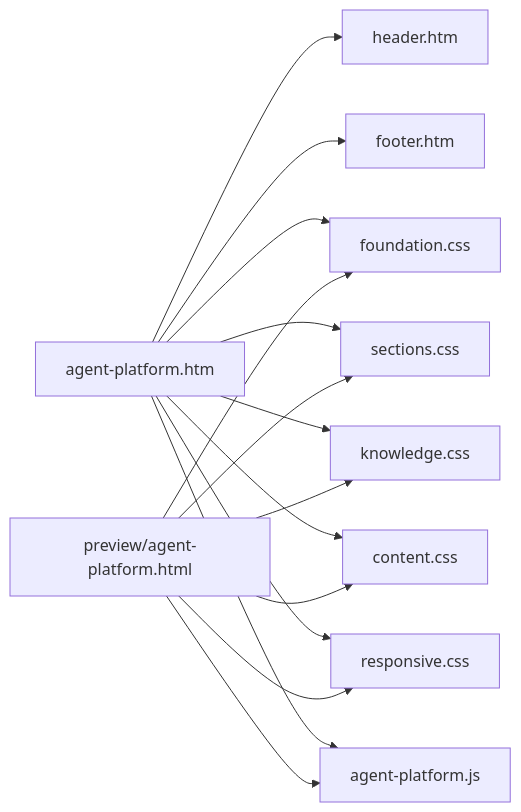
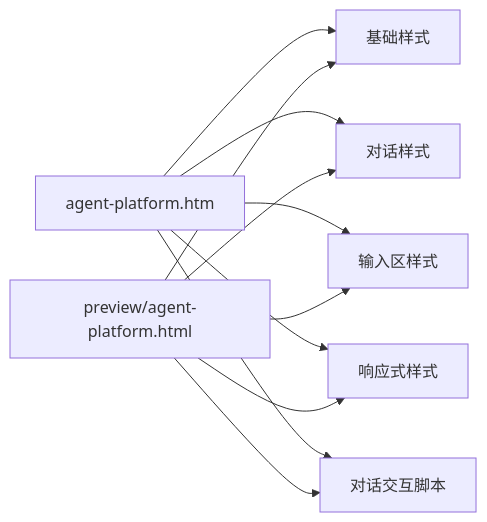
Before and after one commit to yiting001/agent: the first of 3 diagrams in docs/modules/agent-eyoucms-page.md, drawn with Mermaid. The commit also changed other lines of this file and 11 other files, not shown here.

````diff
--- a/docs/modules/agent-eyoucms-page.md
+++ b/docs/modules/agent-eyoucms-page.md
@@ -34,28 +44,21 @@
 ```mermaid
 flowchart LR
   Eyou[agent-platform.htm]
   Preview[preview/agent-platform.html]
-  Foundation[foundation.css]
-  Sections[sections.css]
-  Knowledge[knowledge.css]
-  Content[content.css]
-  Responsive[responsive.css]
-  Script[agent-platform.js]
-  Header[header.htm]
-  Footer[footer.htm]
+  Foundation[基础样式]
+  Chat[对话样式]
+  Composer[输入区样式]
+  Responsive[响应式样式]
+  Script[对话交互脚本]
 
-  Eyou --> Header
-  Eyou --> Footer
   Eyou --> Foundation
-  Eyou --> Sections
-  Eyou --> Knowledge
-  Eyou --> Content
+  Eyou --> Chat
+  Eyou --> Composer
   Eyou --> Responsive
   Eyou --> Script
   Preview --> Foundation
-  Preview --> Sections
-  Preview --> Knowledge
-  Preview --> Content
+  Preview --> Chat
+  Preview --> Composer
   Preview --> Responsive
   Preview --> Script
 ```
````
